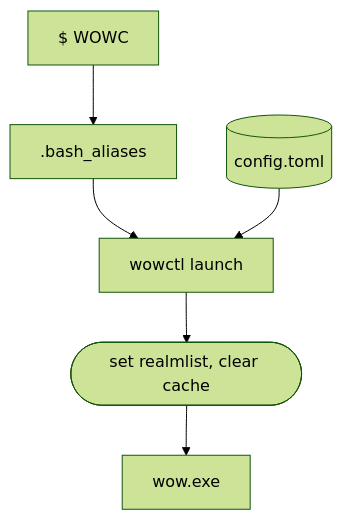
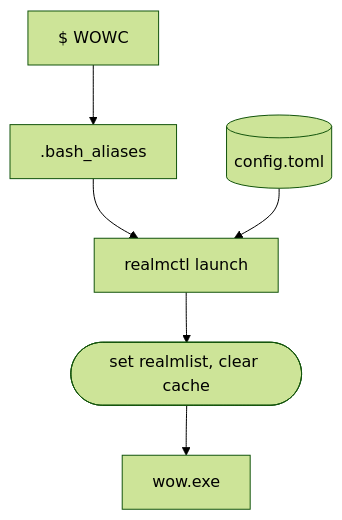
One commit to sogladev/wow-realm-switch-utility changed the first of 2 diagrams in README.md. Above: the diagram before and after it, drawn with Mermaid (forest theme). The commit also changed other lines of this file and 7 other files, not shown here.

Commit message:
rename wowctl to realmctl

````diff
--- a/README.md
+++ b/README.md
@@ -4,9 +4,9 @@
 ```mermaid
 graph TD;
-    cmd-->.bash_aliases-->wowctl-->do_config-->wow.exe
-    config.toml-->wowctl
-    wowctl[wowctl launch]
+    cmd-->.bash_aliases-->realmctl-->do_config-->wow.exe
+    config.toml-->realmctl
+    realmctl[realmctl launch]
     config.toml[(config.toml)]
     cmd[$ WOWC]
     do_config([set realmlist, clear cache])
 ```
````
